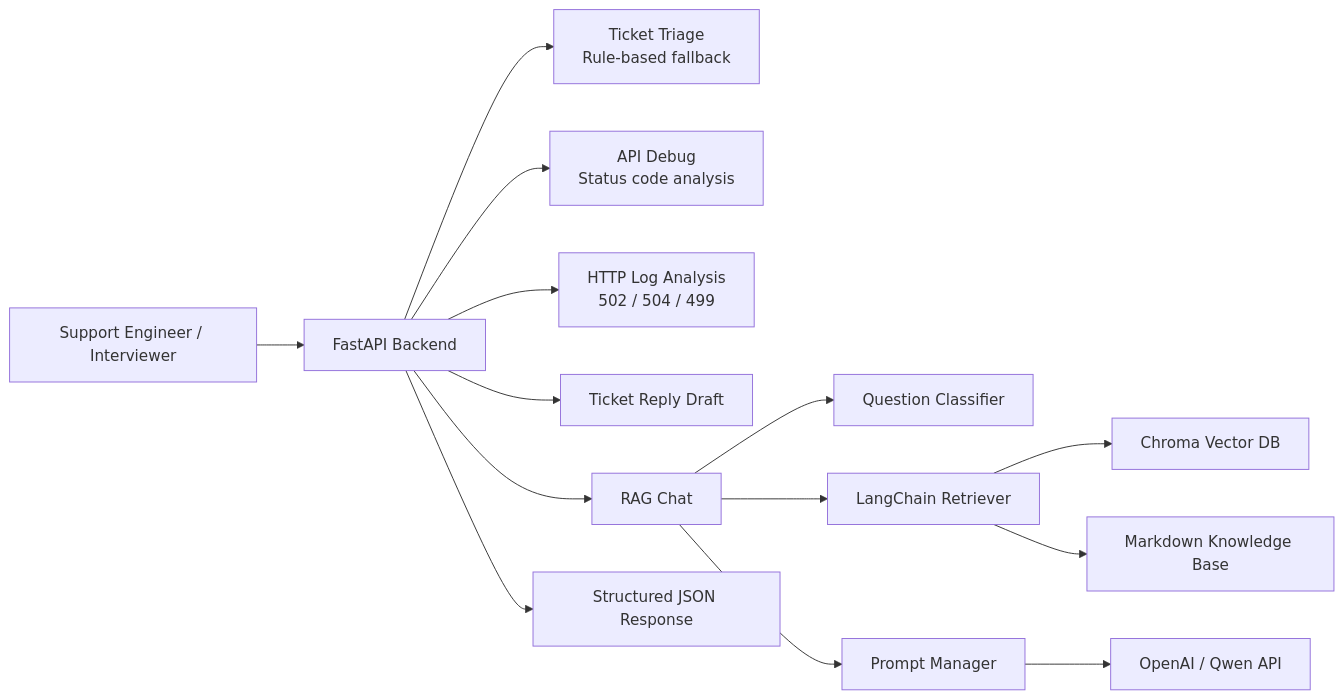
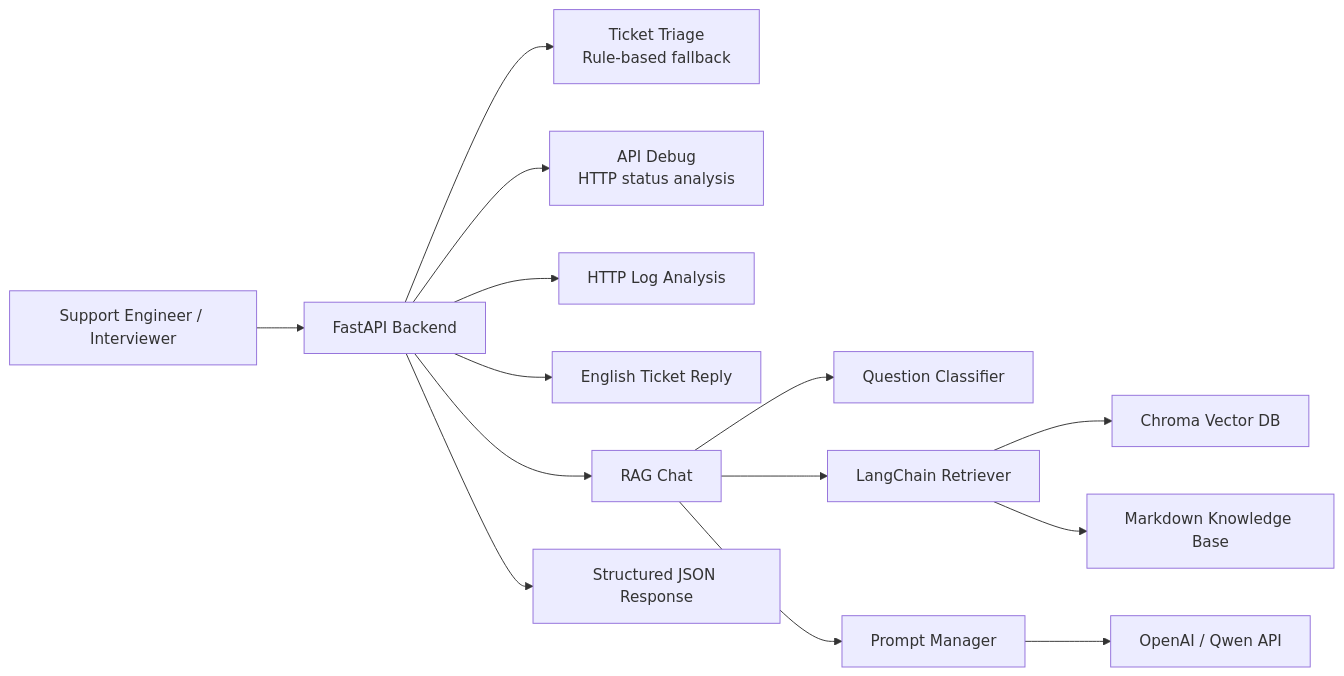
One commit to HAHAL/cloudsupport-ai changed the diagram in README.md. Above: the diagram before and after it, drawn with Mermaid. The commit also changed other lines of this file and 11 other files, not shown here.

````diff
--- a/README.md
+++ b/README.md
@@ -38,19 +41,19 @@
 ```mermaid
 flowchart LR
     User["Support Engineer / Interviewer"] --> API["FastAPI Backend"]
 
     API --> Triage["Ticket Triage<br/>Rule-based fallback"]
-    API --> Debug["API Debug<br/>Status code analysis"]
-    API --> Logs["HTTP Log Analysis<br/>502 / 504 / 499"]
-    API --> Reply["Ticket Reply Draft"]
+    API --> Debug["API Debug<br/>HTTP status analysis"]
+    API --> Logs["HTTP Log Analysis"]
+    API --> Reply["English Ticket Reply"]
     API --> Chat["RAG Chat"]
 
     Chat --> Classifier["Question Classifier"]
     Chat --> Retriever["LangChain Retriever"]
     Retriever --> Chroma["Chroma Vector DB"]
     Retriever --> KB["Markdown Knowledge Base"]
     Chat --> Prompt["Prompt Manager"]
     Prompt --> LLM["OpenAI / Qwen API"]
 
     API --> JSON["Structured JSON Response"]
 ```
````
